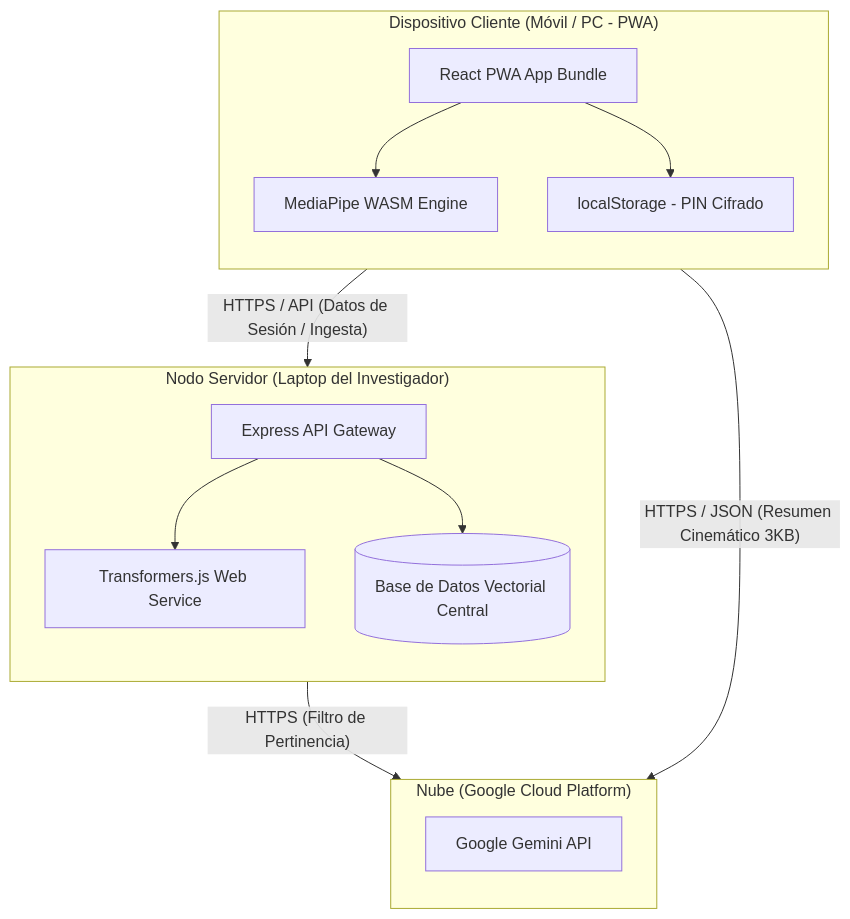
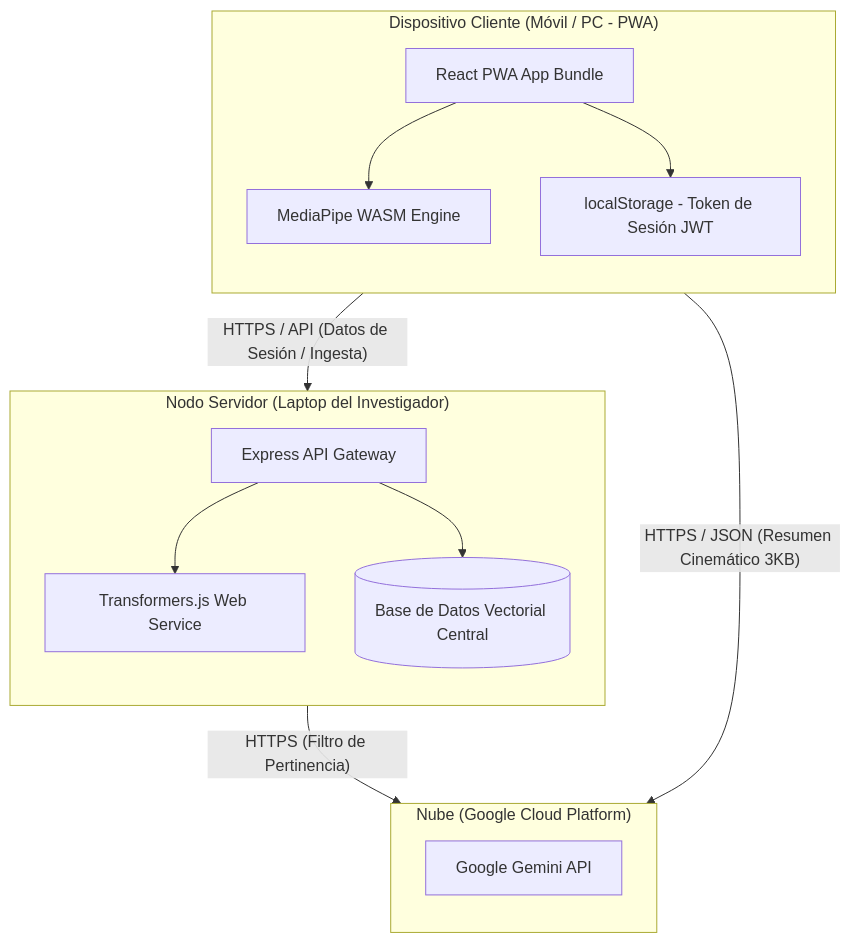
Before and after one commit to Tsmrain/Documentacion: diagram 12 of 12 in README.md, drawn with Mermaid. The commit also changed other lines of this file, not shown here.

Commit message:
docs: update architectural documentation to reflect edge-based kinematic capture and centralized local server RAG processing

````diff
--- a/README.md
+++ b/README.md
@@ -1361,31 +1361,31 @@
 ```mermaid
 flowchart TD
     subgraph ClientDevice ["Dispositivo Cliente (Móvil / PC - PWA)"]
         direction TB
         App[React PWA App Bundle]
         Engine3D[MediaPipe WASM Engine]
-        LS[localStorage - PIN Cifrado]
+        LS[localStorage - Token de Sesión JWT]
     end
     
     subgraph ServerNode ["Nodo Servidor (Laptop del Investigador)"]
         direction TB
         API[Express API Gateway]
         EmbeddingEngine[Transformers.js Web Service]
         CentralDB[(Base de Datos Vectorial Central)]
     end
     
     subgraph CloudGCP ["Nube (Google Cloud Platform)"]
         direction TB
         Gemini[Google Gemini API]
     end
     
     App --> Engine3D
     App --> LS
     
     App -- "HTTPS / API (Datos de Sesión / Ingesta)" --> API
     API --> EmbeddingEngine
     API --> CentralDB
     
     App -- "HTTPS / JSON (Resumen Cinemático 3KB)" --> Gemini
     API -- "HTTPS (Filtro de Pertinencia)" --> Gemini
 ```
````
